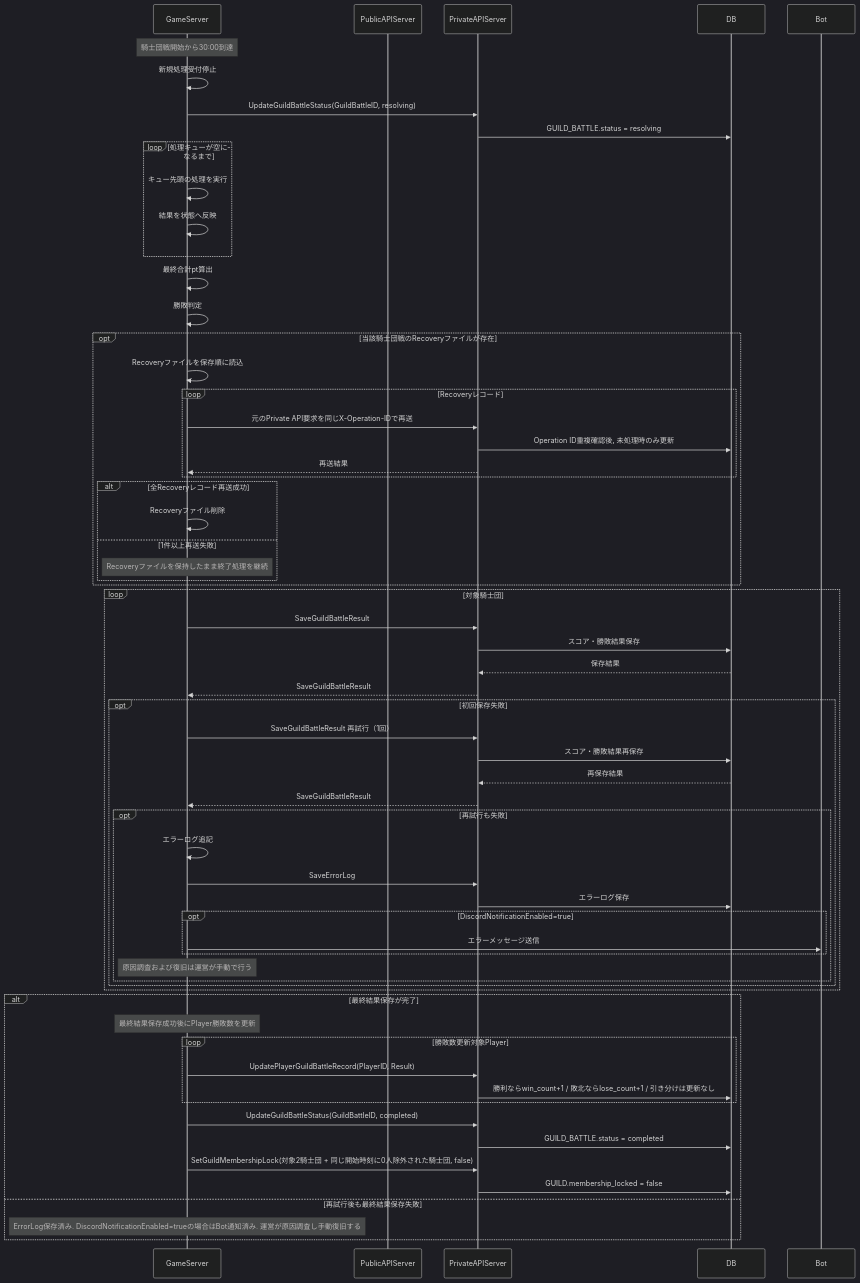
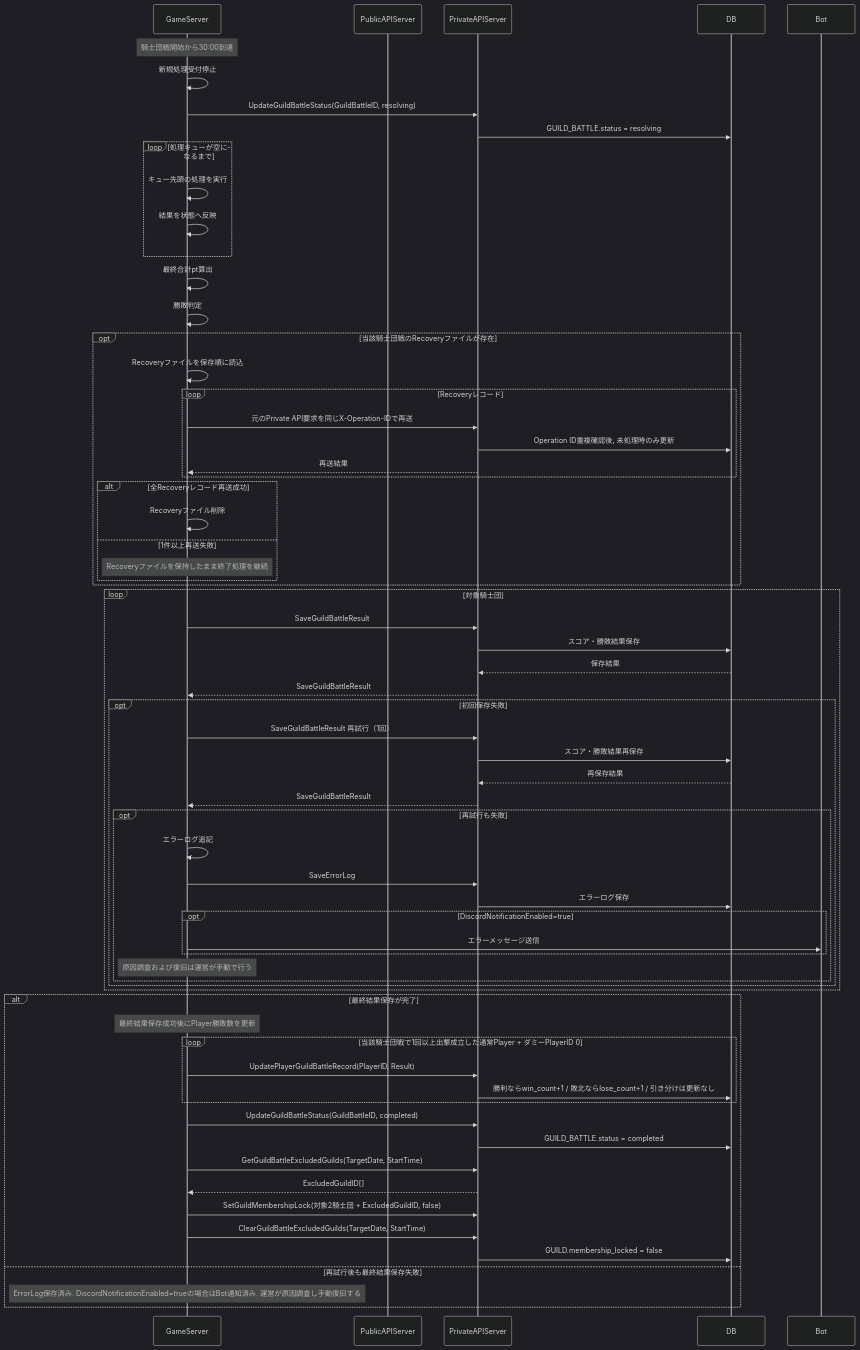
One commit to ReHydrangeaOdyssey/Specifications changed diagram 13 of 13 in design/server/guild_battle.md. Above: the diagram before and after it, drawn with Mermaid (dark theme). The commit also changed other lines of this file and 18 other files, not shown here.

````diff
--- a/design/server/guild_battle.md
+++ b/design/server/guild_battle.md
@@ -559,74 +580,77 @@
 ```mermaid
 sequenceDiagram
     participant GameServer
     participant PublicAPIServer
     participant PrivateAPIServer
     participant DB
     participant Bot
 
     Note over GameServer: 騎士団戦開始から30:00到達
 
     GameServer->>GameServer: 新規処理受付停止
     GameServer->>PrivateAPIServer: UpdateGuildBattleStatus(GuildBattleID, resolving)
     PrivateAPIServer->>DB: GUILD_BATTLE.status = resolving
 
     loop 処理キューが空になるまで
         GameServer->>GameServer: キュー先頭の処理を実行
         GameServer->>GameServer: 結果を状態へ反映
     end
 
     GameServer->>GameServer: 最終合計pt算出
     GameServer->>GameServer: 勝敗判定
 
     opt 当該騎士団戦のRecoveryファイルが存在
         GameServer->>GameServer: Recoveryファイルを保存順に読込
         loop Recoveryレコード
             GameServer->>PrivateAPIServer: 元のPrivate API要求を同じX-Operation-IDで再送
             PrivateAPIServer->>DB: Operation ID重複確認後, 未処理時のみ更新
             PrivateAPIServer-->>GameServer: 再送結果
         end
         alt 全Recoveryレコード再送成功
             GameServer->>GameServer: Recoveryファイル削除
         else 1件以上再送失敗
             Note over GameServer: Recoveryファイルを保持したまま終了処理を継続
         end
     end
 
     loop 対象騎士団
         GameServer->>PrivateAPIServer: SaveGuildBattleResult
         PrivateAPIServer->>DB: スコア・勝敗結果保存
         DB-->>PrivateAPIServer: 保存結果
         PrivateAPIServer-->>GameServer: SaveGuildBattleResult
 
         opt 初回保存失敗
             GameServer->>PrivateAPIServer: SaveGuildBattleResult 再試行（1回）
             PrivateAPIServer->>DB: スコア・勝敗結果再保存
             DB-->>PrivateAPIServer: 再保存結果
             PrivateAPIServer-->>GameServer: SaveGuildBattleResult
             opt 再試行も失敗
                 GameServer->>GameServer: エラーログ追記
                 GameServer->>PrivateAPIServer: SaveErrorLog
                 PrivateAPIServer->>DB: エラーログ保存
                 opt DiscordNotificationEnabled=true
                     GameServer->>Bot: エラーメッセージ送信
                 end
                 Note over GameServer: 原因調査および復旧は運営が手動で行う
             end
         end
     end
 
 
     alt 最終結果保存が完了
         Note over GameServer: 最終結果保存成功後にPlayer勝敗数を更新
-        loop 勝敗数更新対象Player
+        loop 当該騎士団戦で1回以上出撃成立した通常Player + ダミーPlayerID 0
             GameServer->>PrivateAPIServer: UpdatePlayerGuildBattleRecord(PlayerID, Result)
             PrivateAPIServer->>DB: 勝利ならwin_count+1 / 敗北ならlose_count+1 / 引き分けは更新なし
         end
         GameServer->>PrivateAPIServer: UpdateGuildBattleStatus(GuildBattleID, completed)
         PrivateAPIServer->>DB: GUILD_BATTLE.status = completed
-        GameServer->>PrivateAPIServer: SetGuildMembershipLock(対象2騎士団 + 同じ開始時刻に0人除外された騎士団, false)
+        GameServer->>PrivateAPIServer: GetGuildBattleExcludedGuilds(TargetDate, StartTime)
+        PrivateAPIServer-->>GameServer: ExcludedGuildID[]
+        GameServer->>PrivateAPIServer: SetGuildMembershipLock(対象2騎士団 + ExcludedGuildID, false)
+        GameServer->>PrivateAPIServer: ClearGuildBattleExcludedGuilds(TargetDate, StartTime)
         PrivateAPIServer->>DB: GUILD.membership_locked = false
     else 再試行後も最終結果保存失敗
         Note over GameServer: ErrorLog保存済み. DiscordNotificationEnabled=trueの場合はBot通知済み. 運営が原因調査し手動復旧する
     end
 ```
````
